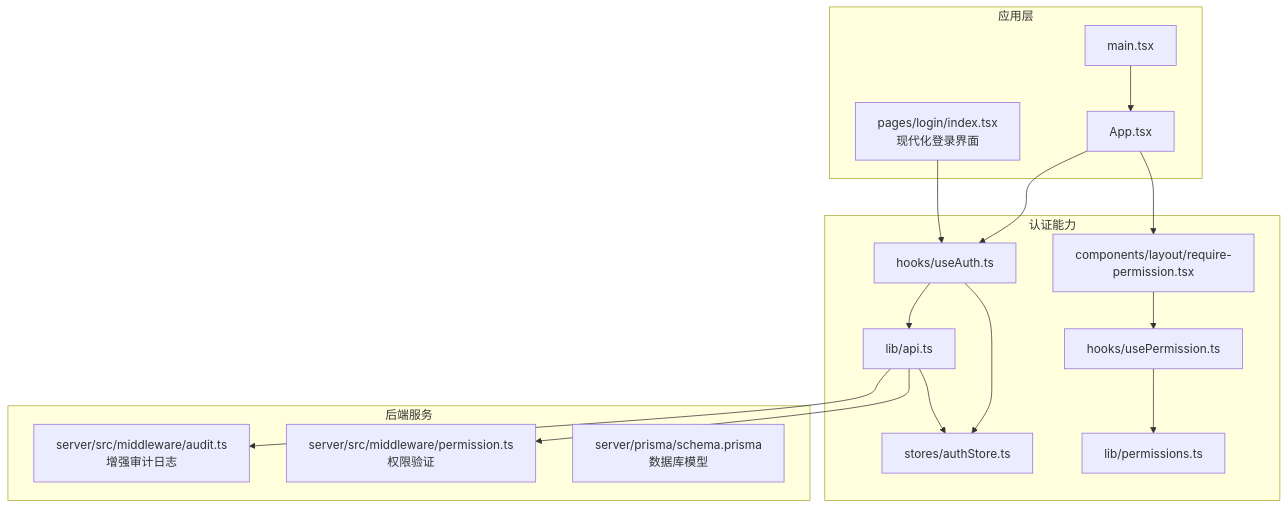
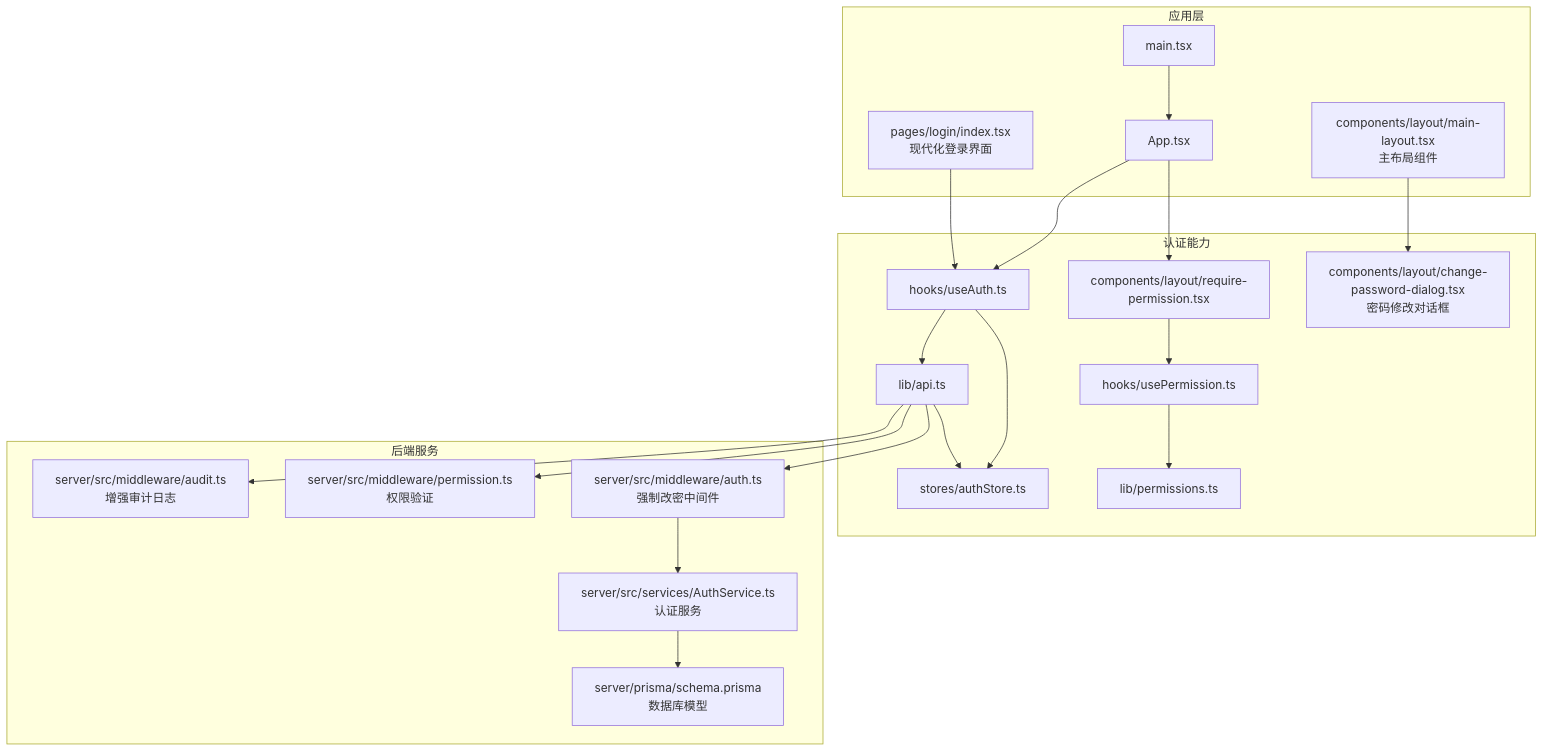
One commit to Damao997/newproject changed the first of 10 diagrams in .qoder/repowiki/zh/content/核心模块/用户认证系统.md. Above: the diagram before and after it, drawn with Mermaid. The commit also changed other lines of this file and 24 other files, not shown here.

````diff
--- a/.qoder/repowiki/zh/content/核心模块/用户认证系统.md
+++ b/.qoder/repowiki/zh/content/核心模块/用户认证系统.md
@@ -58,32 +65,40 @@
 ```mermaid
 graph TB
 subgraph "应用层"
 APP["App.tsx"]
 MAIN["main.tsx"]
 LOGIN["pages/login/index.tsx<br/>现代化登录界面"]
+LAYOUT["components/layout/main-layout.tsx<br/>主布局组件"]
 end
 subgraph "认证能力"
 USEAUTH["hooks/useAuth.ts"]
 AUTHSTORE["stores/authStore.ts"]
 API["lib/api.ts"]
 PERMHOOK["hooks/usePermission.ts"]
 PERMLIB["lib/permissions.ts"]
 GUARD["components/layout/require-permission.tsx"]
+DIALOG["components/layout/change-password-dialog.tsx<br/>密码修改对话框"]
 end
 subgraph "后端服务"
 AUDIT["server/src/middleware/audit.ts<br/>增强审计日志"]
 PERMS["server/src/middleware/permission.ts<br/>权限验证"]
+AUTHMW["server/src/middleware/auth.ts<br/>强制改密中间件"]
+SERVICES["server/src/services/AuthService.ts<br/>认证服务"]
 SCHEMA["server/prisma/schema.prisma<br/>数据库模型"]
 end
 APP --> USEAUTH
 APP --> GUARD
 MAIN --> APP
 LOGIN --> USEAUTH
+LAYOUT --> DIALOG
 USEAUTH --> AUTHSTORE
 USEAUTH --> API
 GUARD --> PERMHOOK
 PERMHOOK --> PERMLIB
 API --> AUTHSTORE
 API --> AUDIT
 API --> PERMS
+API --> AUTHMW
+AUTHMW --> SERVICES
+SERVICES --> SCHEMA
 ```
````
